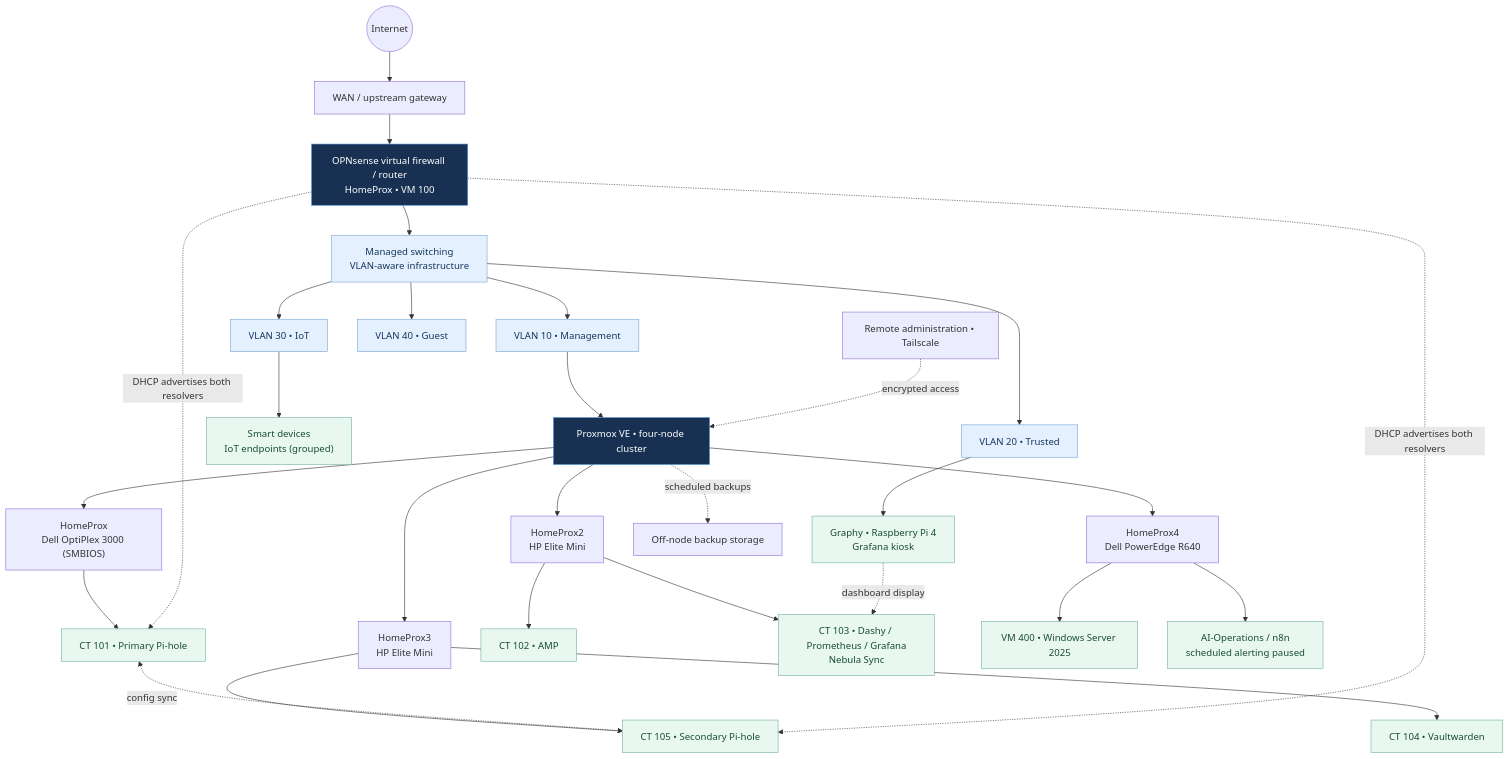
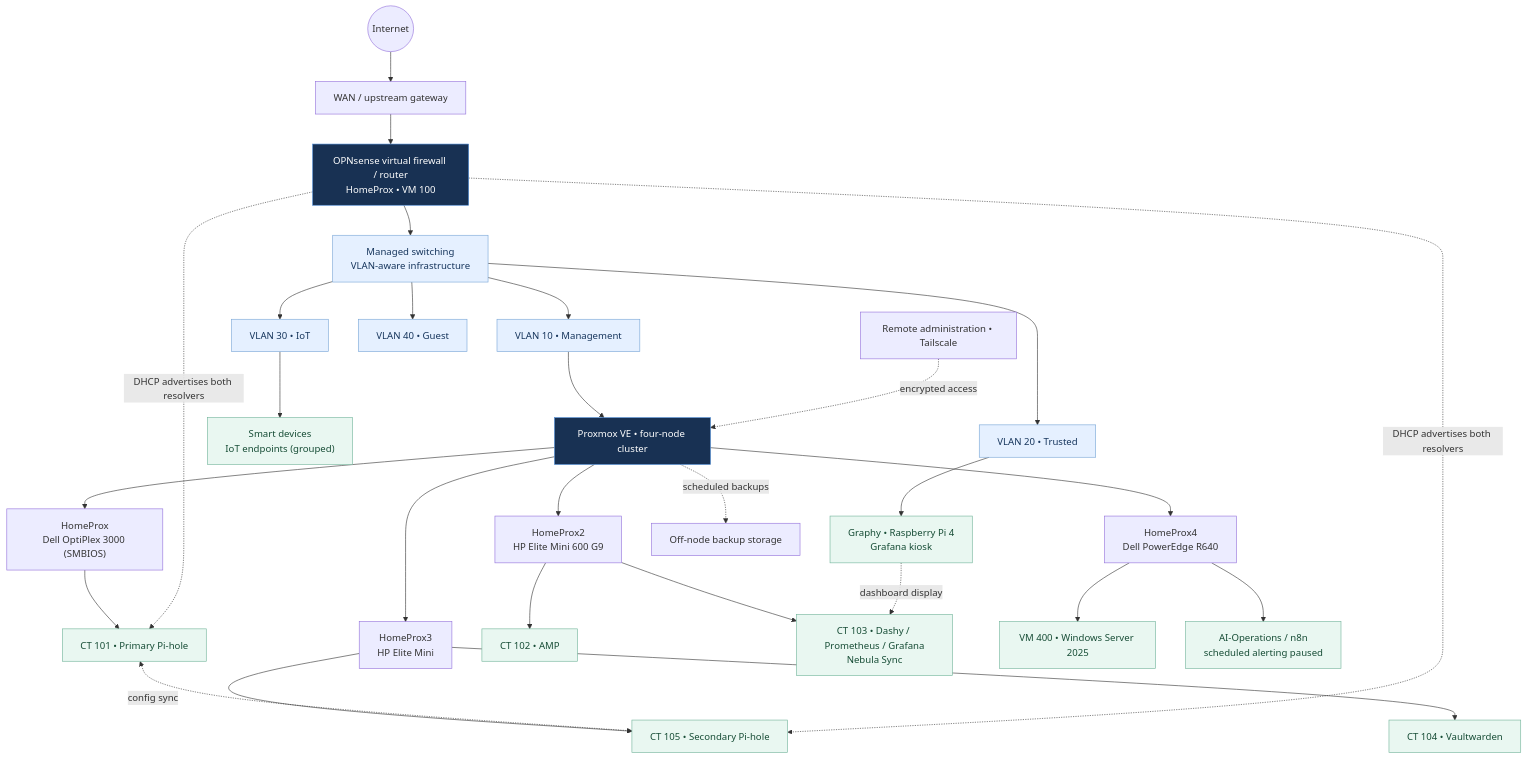
The first of 2 diagrams in network/diagrams/README.md (samuelkemp1619/HOMELAB-PORTFOLIO), drawn with Mermaid before and after one commit. The commit also changed other lines of this file, not shown here.

Commit message:
Document verified HomeProx2 CPU RAM storage and network hardware

````diff
--- a/network/diagrams/README.md
+++ b/network/diagrams/README.md
@@ -9,36 +9,36 @@
 ```mermaid
 flowchart TB
     WAN((Internet)) --> EDGE["WAN / upstream gateway"]
     EDGE --> FW["OPNsense virtual firewall / router<br/>HomeProx • VM 100"]
     FW --> SWITCH["Managed switching<br/>VLAN-aware infrastructure"]
     SWITCH --> V10["VLAN 10 • Management"]
     SWITCH --> V20["VLAN 20 • Trusted"]
     SWITCH --> V30["VLAN 30 • IoT"]
     SWITCH --> V40["VLAN 40 • Guest"]
     V30 --> SMART["Smart devices<br/>IoT endpoints (grouped)"]
     V10 --> CLUSTER["Proxmox VE • four-node cluster"]
     CLUSTER --> P1["HomeProx<br/>Dell OptiPlex 3000 (SMBIOS)"]
-    CLUSTER --> P2["HomeProx2<br/>HP Elite Mini"]
+    CLUSTER --> P2["HomeProx2<br/>HP Elite Mini 600 G9"]
     CLUSTER --> P3["HomeProx3<br/>HP Elite Mini"]
     CLUSTER --> P4["HomeProx4<br/>Dell PowerEdge R640"]
     P1 --> DNS1["CT 101 • Primary Pi-hole"]
     P2 --> APP["CT 102 • AMP"]
     P2 --> OBS["CT 103 • Dashy / Prometheus / Grafana<br/>Nebula Sync"]
     P3 --> VAULT["CT 104 • Vaultwarden"]
     P3 --> DNS2["CT 105 • Secondary Pi-hole"]
     P4 --> WIN["VM 400 • Windows Server 2025"]
     P4 --> AI["AI-Operations / n8n<br/>scheduled alerting paused"]
     DNS1 <-. "config sync" .-> DNS2
     FW -. "DHCP advertises both resolvers" .-> DNS1
     FW -. "DHCP advertises both resolvers" .-> DNS2
     V20 --> GRAPHY["Graphy • Raspberry Pi 4<br/>Grafana kiosk"]
     GRAPHY -. "dashboard display" .-> OBS
     REMOTE["Remote administration • Tailscale"] -. "encrypted access" .-> CLUSTER
     CLUSTER -. "scheduled backups" .-> BACKUP["Off-node backup storage"]
     classDef core fill:#183153,color:#fff,stroke:#4c8ad5
     classDef network fill:#e5f0ff,color:#17365d,stroke:#77a5d6
     classDef service fill:#e9f7f1,color:#174d36,stroke:#71b49a
     class FW,CLUSTER core
     class SWITCH,V10,V20,V30,V40 network
     class DNS1,DNS2,OBS,VAULT,GRAPHY,APP,WIN,AI,SMART service
 ```
````
